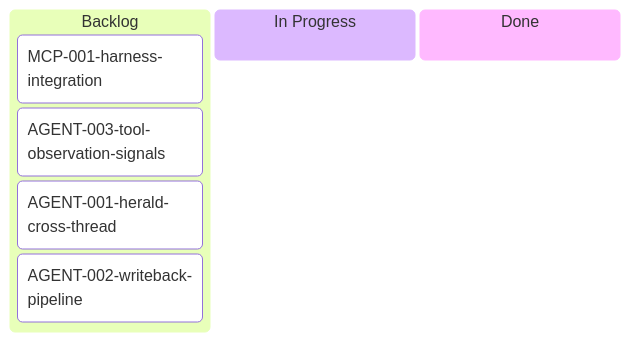
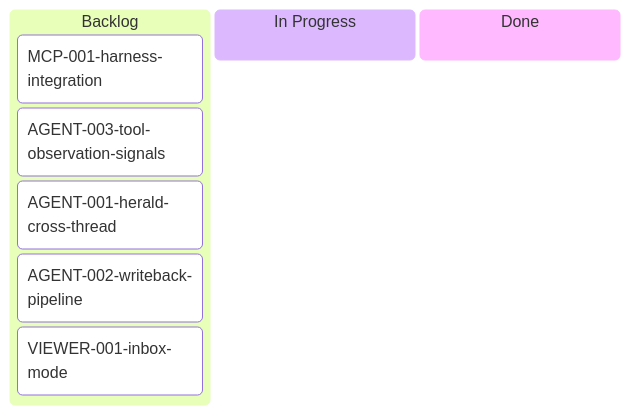
Before and after one commit to inixiative/foundry: the diagram in tickets/kanban-backlog.md, drawn with Mermaid. The commit also changed other lines of this file and 1 other file, not shown here.

Commit message:
docs(tickets): VIEWER-001 inbox mode beside directory mode

````diff
--- a/tickets/kanban-backlog.md
+++ b/tickets/kanban-backlog.md
@@ -3,15 +3,16 @@
 ```mermaid
 ---
 config:
   kanban:
     ticketBaseUrl: 'https://github.com/inixiative/foundry/blob/main/tickets/#TICKET#.md'
 ---
 kanban
   Backlog
     MCP-001-harness-integration
     AGENT-003-tool-observation-signals
     AGENT-001-herald-cross-thread
     AGENT-002-writeback-pipeline
+    VIEWER-001-inbox-mode
   In Progress
   Done
 ```
````
